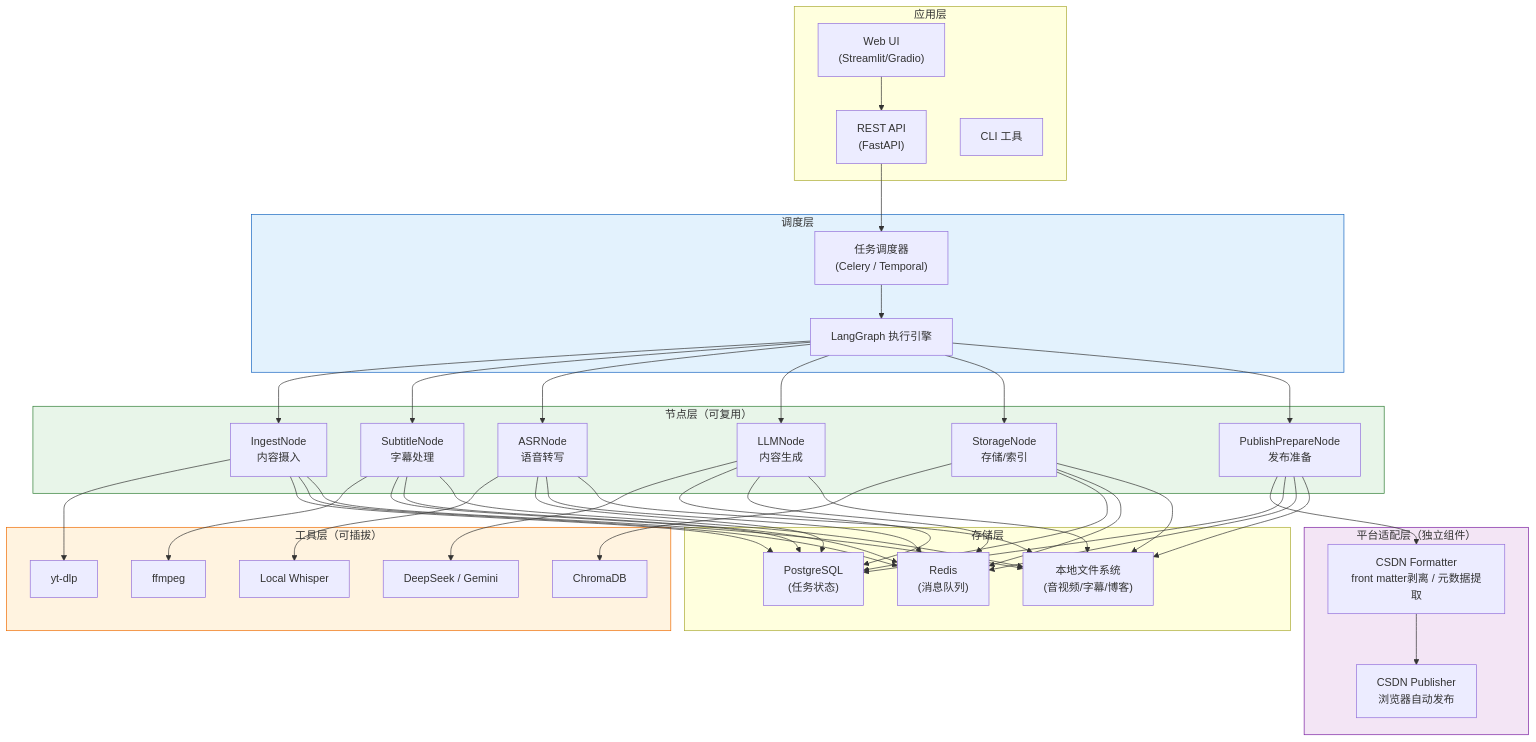
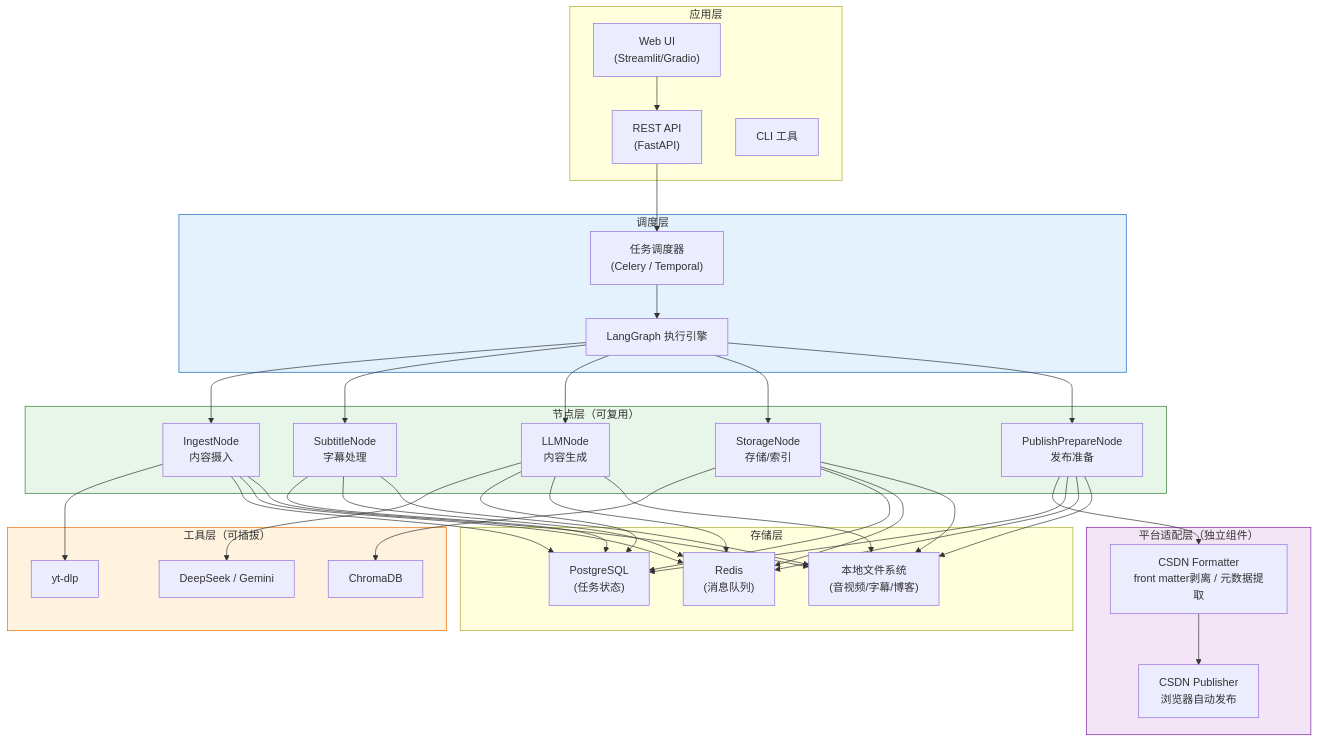
One commit to liaowo6508-glitch/Video_TO_Blog changed the first of 6 diagrams in AI_talking_about.md. Above: the diagram before and after it, drawn with Mermaid. The commit also changed other lines of this file and 17 other files, not shown here.

````diff
--- a/AI_talking_about.md
+++ b/AI_talking_about.md
@@ -22,58 +22,53 @@
 ```mermaid
 flowchart TD
     subgraph 应用层["应用层"]
         A["Web UI<br/>(Streamlit/Gradio)"]
         B["REST API<br/>(FastAPI)"]
         C["CLI 工具"]
     end
 
     subgraph 调度层["调度层"]
         D["任务调度器<br/>(Celery / Temporal)"]
         E["LangGraph 执行引擎"]
     end
 
     subgraph 节点层["节点层（可复用）"]
         F["IngestNode<br/>内容摄入"]
         G["SubtitleNode<br/>字幕处理"]
-        H["ASRNode<br/>语音转写"]
         I["LLMNode<br/>内容生成"]
         J["StorageNode<br/>存储/索引"]
         S["PublishPrepareNode<br/>发布准备"]
     end
 
     subgraph 工具层["工具层（可插拔）"]
         K["yt-dlp"]
-        L["ffmpeg"]
-        M["Local Whisper"]
         N["DeepSeek / Gemini"]
         O["ChromaDB"]
     end
 
     subgraph 平台适配层["平台适配层（独立组件）"]
         P1["CSDN Formatter<br/>front matter剥离 / 元数据提取"]
         P2["CSDN Publisher<br/>浏览器自动发布"]
     end
 
     subgraph 存储层["存储层"]
         P["PostgreSQL<br/>(任务状态)"]
         Q["Redis<br/>(消息队列)"]
         R["本地文件系统<br/>(音视频/字幕/博客)"]
     end
 
     A --> B
     B --> D
     D --> E
-    E --> F & G & H & I & J & S
+    E --> F & G & I & J & S
     F --> K
-    G --> L
-    H --> M
     I --> N
     J --> O
     S --> P1 --> P2
-    F & G & H & I & J & S --> P & Q & R
+    F & G & I & J & S --> P & Q & R
 
     style 调度层 fill:#e3f2fd,stroke:#1565c0
     style 节点层 fill:#e8f5e9,stroke:#2e7d32
     style 工具层 fill:#fff3e0,stroke:#ef6c00
     style 平台适配层 fill:#f3e5f5,stroke:#7b1fa2
 ```
````
